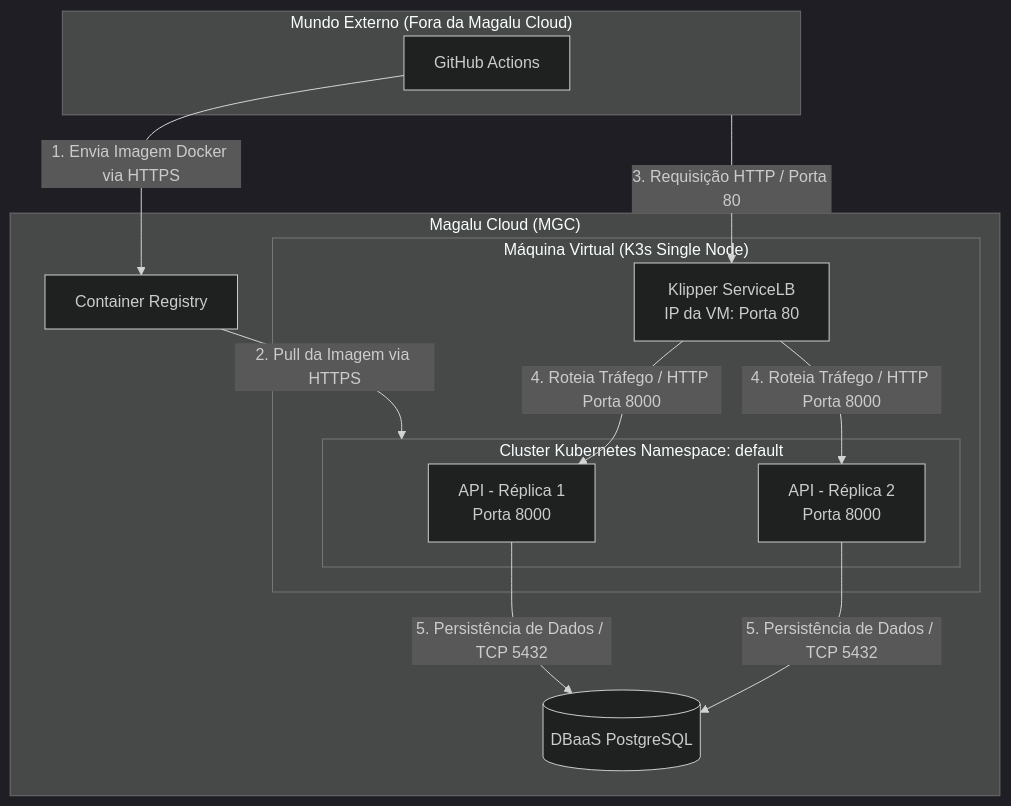
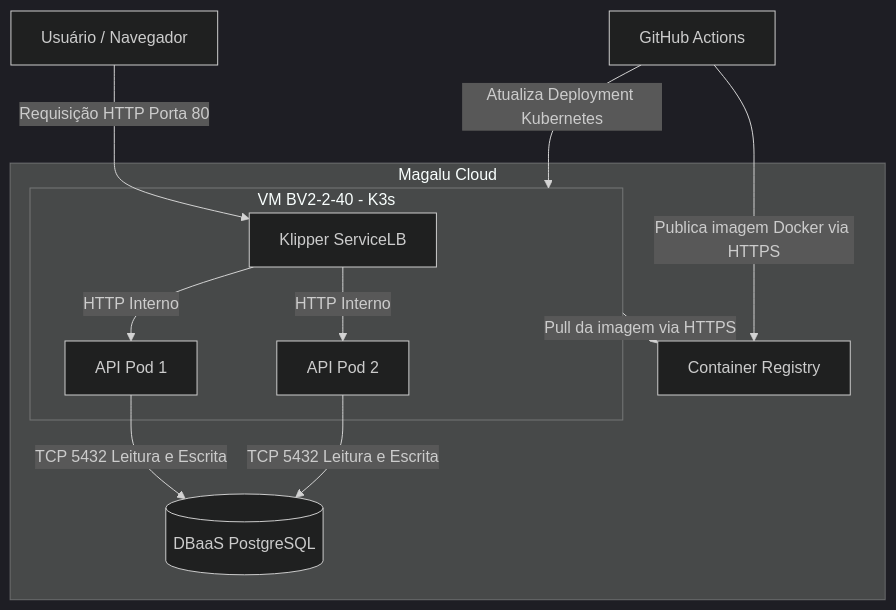
Before and after one commit to amandapiinheiro93-jpg/move-tech-cloud-application-comp-3: the second of 2 diagrams in docs/architecture.md, drawn with Mermaid (dark theme). The commit also changed other lines of this file and 4 other files, not shown here.

````diff
--- a/docs/architecture.md
+++ b/docs/architecture.md
@@ -5,33 +22,39 @@
 ```mermaid
 graph TB
-    subgraph Internet ["Mundo Externo (Fora da Magalu Cloud)"]
-        GH[GitHub Actions]
+
+    Browser[Usuário / Navegador]
+
+    GH[GitHub Actions]
+
+    subgraph MGC [Magalu Cloud]
+
+        Registry[Container Registry]
+
+        DB[(DBaaS PostgreSQL)]
+
+        subgraph VM [VM BV2-2-40 - K3s]
+
+            LB[Klipper ServiceLB]
+
+            API1[API Pod 1]
+
+            API2[API Pod 2]
+
+        end
+
     end
 
-    subgraph MGC ["Magalu Cloud (MGC)"]
-        CR[Container Registry]
-        DB[(DBaaS PostgreSQL)]
+    Browser -->|Requisição HTTP Porta 80| LB
 
-        subgraph VM ["Máquina Virtual (K3s Single Node)"]
-            LB[Klipper ServiceLB<br>IP da VM: Porta 80]
-            
-            subgraph K8s [Cluster Kubernetes Namespace: default]
-                API1[API - Réplica 1<br>Porta 8000]
-                API2[API - Réplica 2<br>Porta 8000]
-            end
-        end
-    end
+    LB -->|HTTP Interno| API1
+    LB -->|HTTP Interno| API2
 
-    %% Fluxo de CI/CD
-    GH -->|1. Envia Imagem Docker via HTTPS| CR
-    CR -->|2. Pull da Imagem via HTTPS| K8s
+    API1 -->|TCP 5432 Leitura e Escrita| DB
+    API2 -->|TCP 5432 Leitura e Escrita| DB
 
-    %% Fluxo de Tráfego Externo
-    Internet -->|3. Requisição HTTP / Porta 80| LB
-    LB -->|4. Roteia Tráfego / HTTP Porta 8000| API1
-    LB -->|4. Roteia Tráfego / HTTP Porta 8000| API2
+    GH -->|Publica imagem Docker via HTTPS| Registry
 
-    %% Fluxo de Dados
-    API1 -->|5. Persistência de Dados / TCP 5432| DB
-    API2 -->|5. Persistência de Dados / TCP 5432| DB
+    GH -->|Atualiza Deployment Kubernetes| VM
+
+    VM -->|Pull da imagem via HTTPS| Registry
 ```
````
